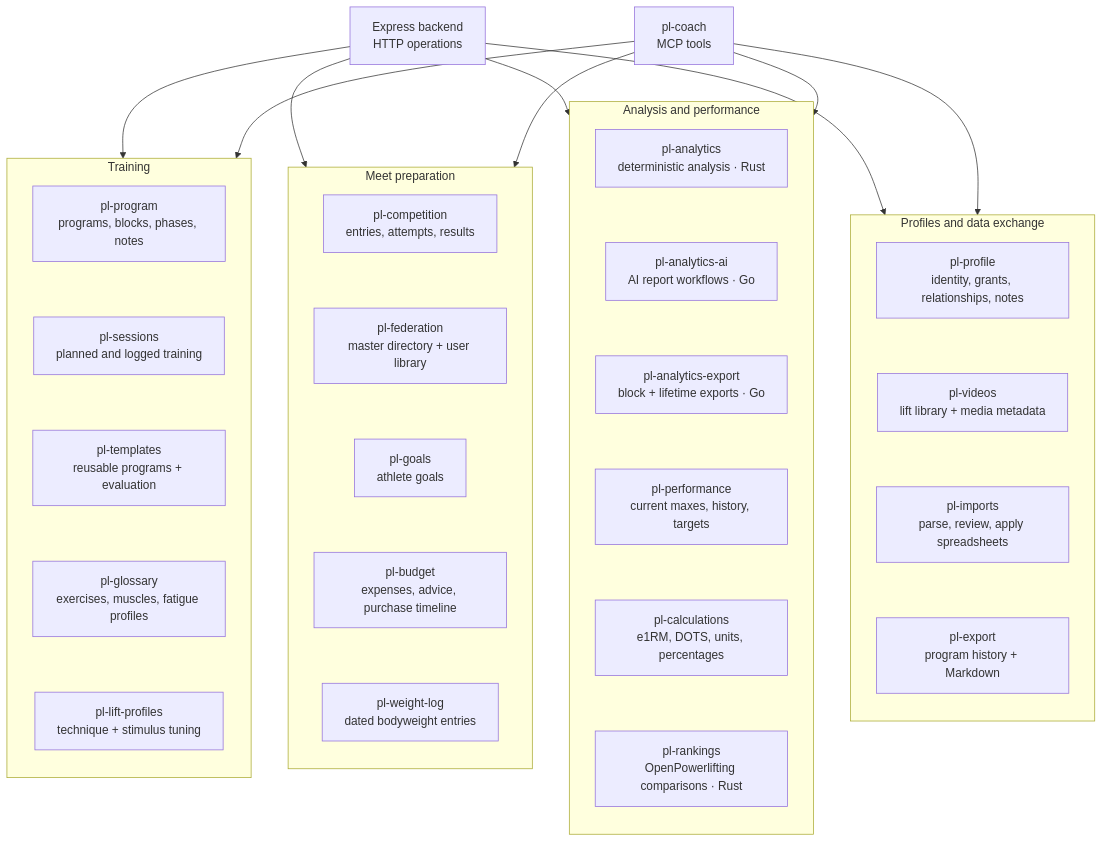
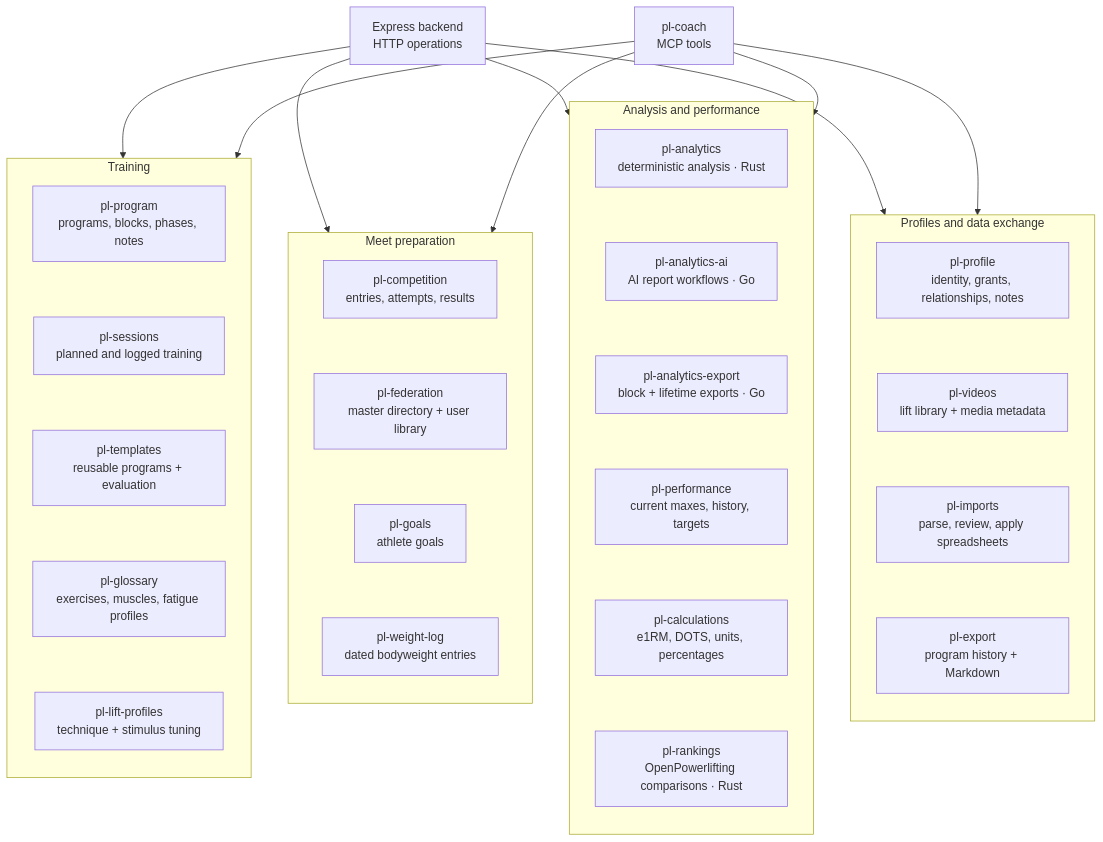
One commit to PierreStephaneVoltaire/ai-powerlifting changed the third of 10 diagrams in docs/ARCHITECTURE.md. Above: the diagram before and after it, drawn with Mermaid. The commit also changed other lines of this file and 133 other files, not shown here.

First line of the commit message:
Remove budget, fold authored notes into private log notes, move preferences to Settings page (#14)

````diff
--- a/docs/ARCHITECTURE.md
+++ b/docs/ARCHITECTURE.md
@@ -105,47 +105,46 @@
 ```mermaid
 flowchart TB
   BE["Express backend<br/>HTTP operations"]
   Coach["pl-coach<br/>MCP tools"]
 
   subgraph Training["Training"]
     direction TB
     Program["pl-program<br/>programs, blocks, phases, notes"]
     Sessions["pl-sessions<br/>planned and logged training"]
     Templates["pl-templates<br/>reusable programs + evaluation"]
     Glossary["pl-glossary<br/>exercises, muscles, fatigue profiles"]
     LiftProfiles["pl-lift-profiles<br/>technique + stimulus tuning"]
     Program ~~~ Sessions ~~~ Templates ~~~ Glossary ~~~ LiftProfiles
   end
 
   subgraph MeetPrep["Meet preparation"]
     direction TB
     Competition["pl-competition<br/>entries, attempts, results"]
     Federation["pl-federation<br/>master directory + user library"]
     Goals["pl-goals<br/>athlete goals"]
-    Budget["pl-budget<br/>expenses, advice, purchase timeline"]
     WeightLog["pl-weight-log<br/>dated bodyweight entries"]
-    Competition ~~~ Federation ~~~ Goals ~~~ Budget ~~~ WeightLog
+    Competition ~~~ Federation ~~~ Goals ~~~ WeightLog
   end
 
   subgraph Analysis["Analysis and performance"]
     direction TB
     Analytics["pl-analytics<br/>deterministic analysis · Rust"]
     AnalyticsAI["pl-analytics-ai<br/>AI report workflows · Go"]
     AnalyticsExport["pl-analytics-export<br/>block + lifetime exports · Go"]
     Performance["pl-performance<br/>current maxes, history, targets"]
     Calculations["pl-calculations<br/>e1RM, DOTS, units, percentages"]
     Rankings["pl-rankings<br/>OpenPowerlifting comparisons · Rust"]
     Analytics ~~~ AnalyticsAI ~~~ AnalyticsExport ~~~ Performance ~~~ Calculations ~~~ Rankings
   end
 
   subgraph Records["Profiles and data exchange"]
     direction TB
     Profile["pl-profile<br/>identity, grants, relationships, notes"]
     Videos["pl-videos<br/>lift library + media metadata"]
     Imports["pl-imports<br/>parse, review, apply spreadsheets"]
     Export["pl-export<br/>program history + Markdown"]
     Profile ~~~ Videos ~~~ Imports ~~~ Export
   end
   BE --> Training & MeetPrep & Analysis & Records
   Coach --> Training & MeetPrep & Analysis & Records
 ```
````
